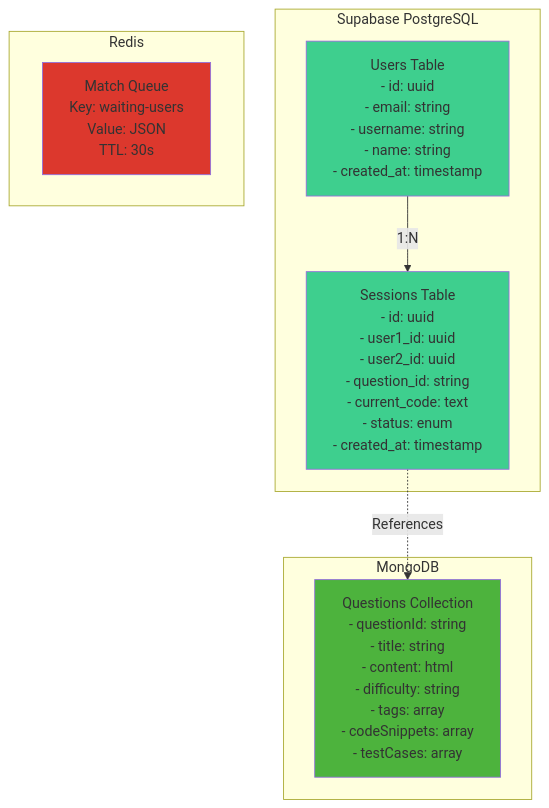
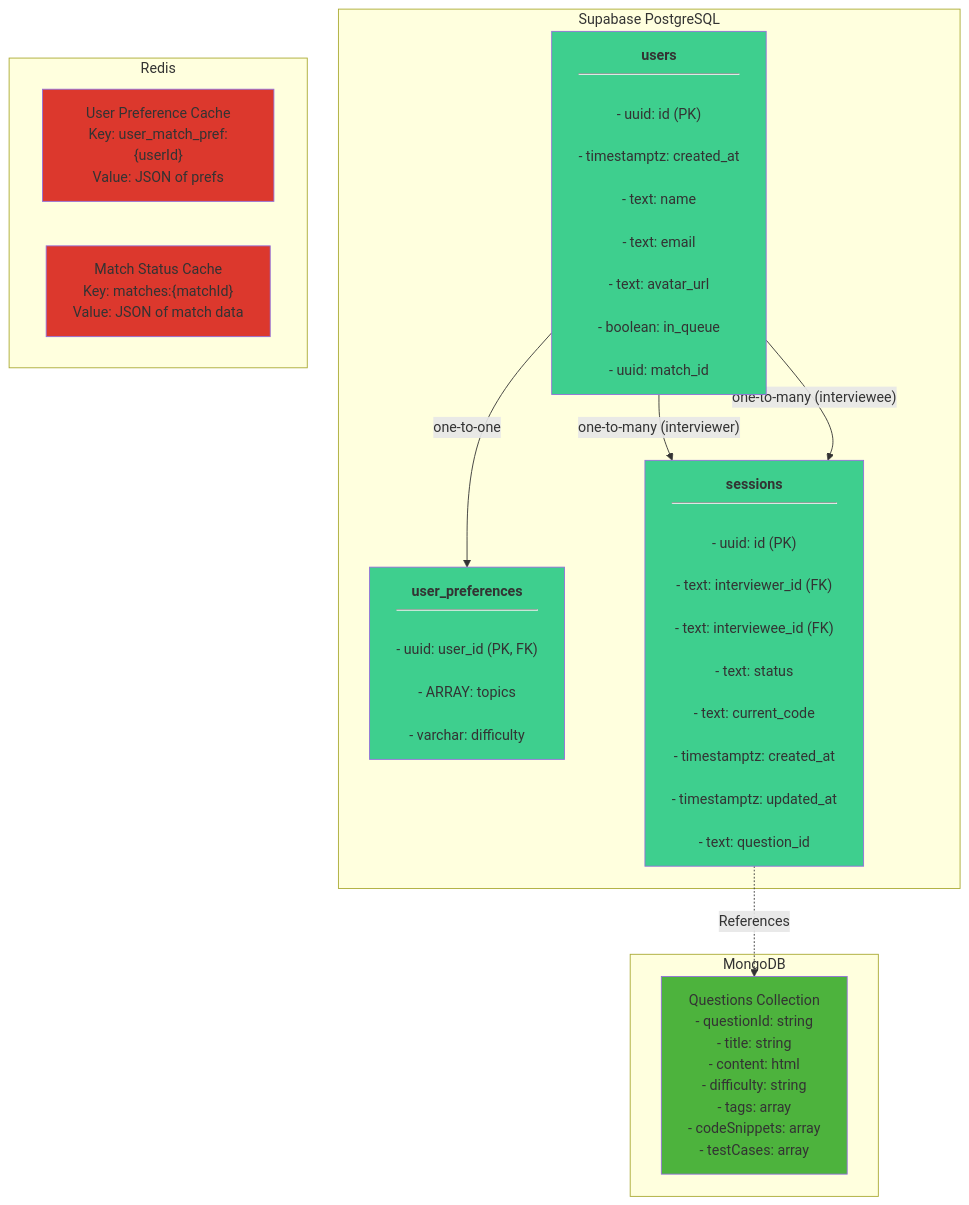
The eighth of 13 diagrams in docs/architecture-diagrams.md (thony-ui/cs3219-ay2526s1-project-g22), drawn with Mermaid before and after one commit. The commit also changed other lines of this file and 2 other files, not shown here.

Commit message:
PEERPREP-10: refactor: update architecture diagrams and remove unused match-related endpoints

````diff
--- a/docs/architecture-diagrams.md
+++ b/docs/architecture-diagrams.md
@@ -291,25 +281,60 @@
 ```mermaid
 graph TB
     subgraph "Supabase PostgreSQL"
-        Users[Users Table<br/>- id: uuid<br/>- email: string<br/>- username: string<br/>- name: string<br/>- created_at: timestamp]
-
-        Sessions[Sessions Table<br/>- id: uuid<br/>- user1_id: uuid<br/>- user2_id: uuid<br/>- question_id: string<br/>- current_code: text<br/>- status: enum<br/>- created_at: timestamp]
-
-        Users -->|1:N| Sessions
+        users["
+            <b>users</b>
+            <hr>
+            - uuid: id (PK)<br/> 
+            - timestamptz: created_at<br/>
+            - text: name<br/>
+            - text: email<br/>
+            - text: avatar_url<br/>
+            - boolean: in_queue<br/>
+            - uuid: match_id
+            "]
+            
+            user_preferences["
+            <b>user_preferences</b>
+            <hr>
+            - uuid: user_id (PK, FK)<br/>
+            - ARRAY: topics<br/>
+            - varchar: difficulty
+            "]
+            
+            sessions["
+            <b>sessions</b>
+            <hr>
+            - uuid: id (PK)<br/>
+            - text: interviewer_id (FK)<br/>
+            - text: interviewee_id (FK)<br/>
+            - text: status<br/>
+            - text: current_code<br/>
+            - timestamptz: created_at<br/>
+            - timestamptz: updated_at<br/>
+            - text: question_id
+        "]
     end
 
     subgraph "MongoDB"
         Questions["Questions Collection<br/>- questionId: string<br/>- title: string<br/>- content: html<br/>- difficulty: string<br/>- tags: array<br/>- codeSnippets: array<br/>- testCases: array"]
     end
 
     subgraph "Redis"
-        MatchQueue[Match Queue<br/>Key: waiting-users<br/>Value: JSON<br/>TTL: 30s]
+        PreferenceCache["User Preference Cache<br/>Key: user_match_pref:{userId}<br/>Value: JSON of prefs"]
+        MatchStatusCache["Match Status Cache<br/>Key: matches:{matchId}<br/>Value: JSON of match data"]
     end
 
-    Sessions -.->|References| Questions
-
-    style Users fill:#3ECF8E
-    style Sessions fill:#3ECF8E
+    sessions -.->|References| Questions
+    
+    %% --- Relationships ---
+    users -- "one-to-one" --> user_preferences
+    users -- "one-to-many (interviewer)" --> sessions
+    users -- "one-to-many (interviewee)" --> sessions
+    
+    style users fill:#3ECF8E
+    style sessions fill:#3ECF8E
+    style user_preferences fill:#3ECF8E
     style Questions fill:#4DB33D
-    style MatchQueue fill:#DC382D
+    style PreferenceCache fill:#DC382D
+    style MatchStatusCache fill:#DC382D
 ```
````
